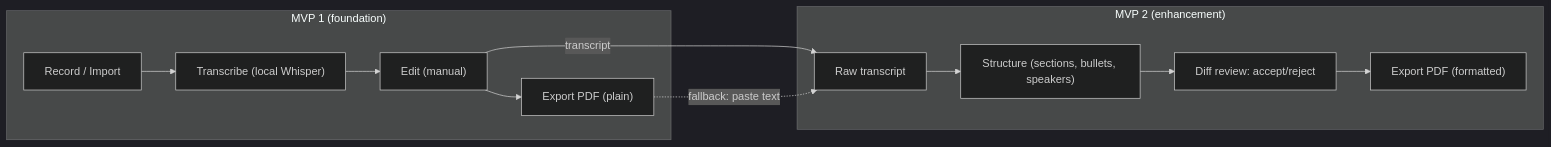
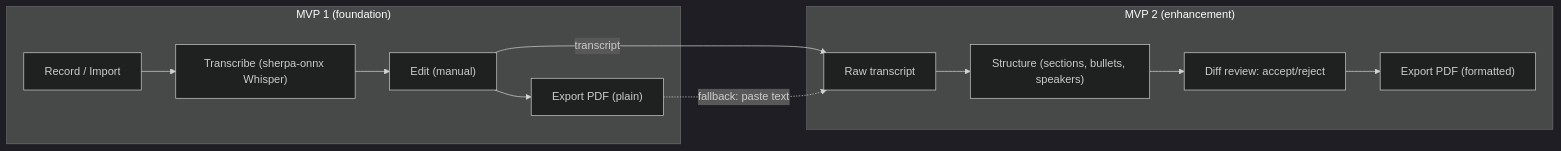
Before and after one commit to Franck-Sorel/voice-to-pdf: the first of 2 diagrams in docs/PRD.md, drawn with Mermaid (dark theme). The commit also changed other lines of this file, not shown here.

````diff
--- a/docs/PRD.md
+++ b/docs/PRD.md
@@ -180,15 +180,15 @@
 ```mermaid
 flowchart LR
     subgraph MVP1["MVP 1 (foundation)"]
-        A["Record / Import"] --> B["Transcribe (local Whisper)"]
+        A["Record / Import"] --> B["Transcribe (sherpa-onnx Whisper)"]
         B --> C["Edit (manual)"]
         C --> D["Export PDF (plain)"]
     end
     subgraph MVP2["MVP 2 (enhancement)"]
         E["Raw transcript"] --> F["Structure (sections, bullets, speakers)"]
         F --> G["Diff review: accept/reject"]
         G --> H["Export PDF (formatted)"]
     end
     C -->|"transcript"| E
     D -.->|"fallback: paste text"| E
 ```
````
